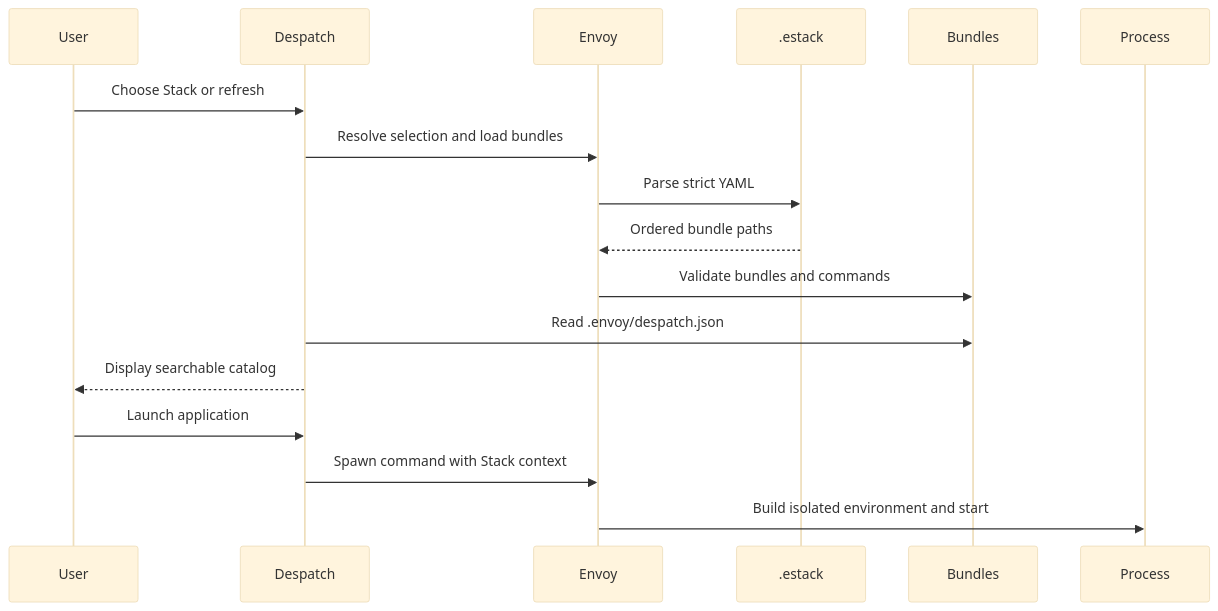
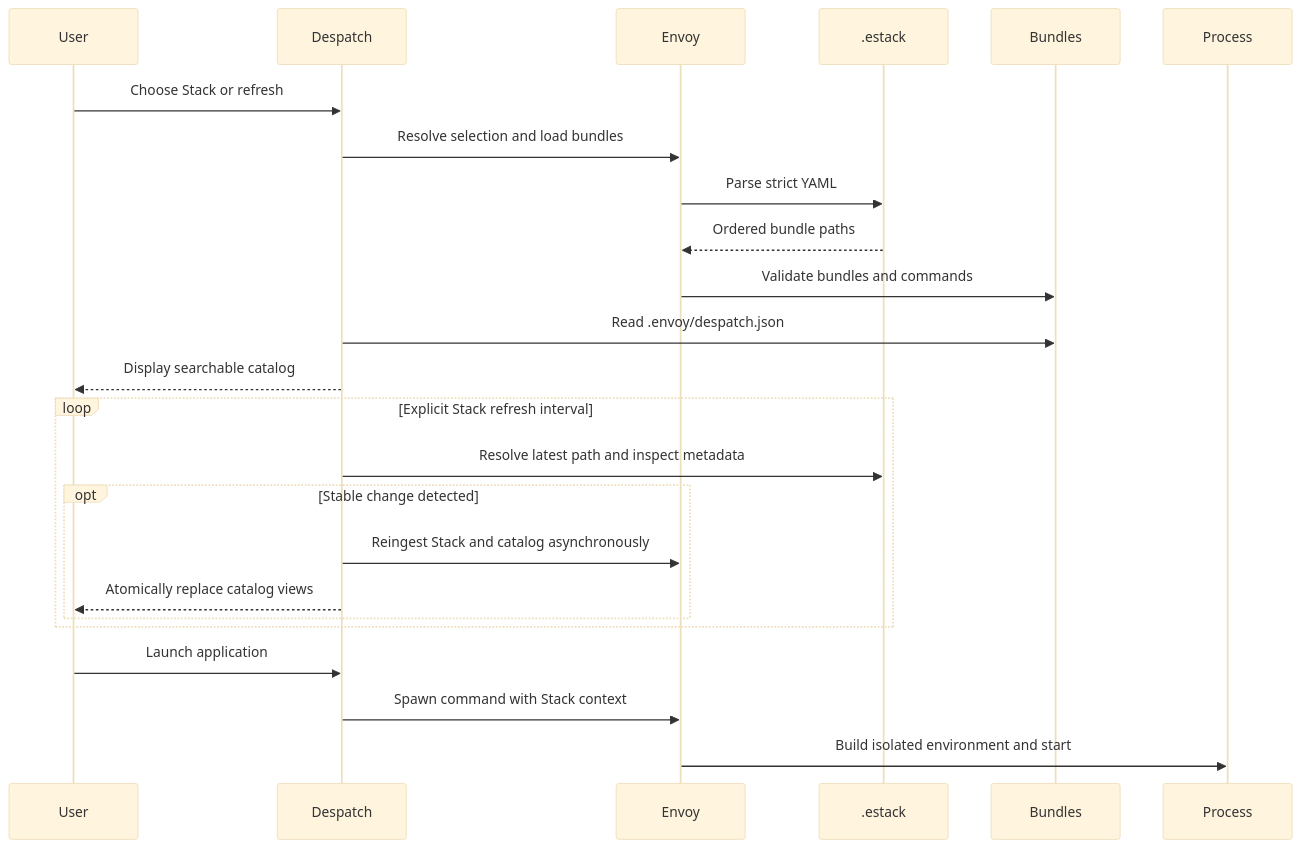
Before and after one commit to gtvfx-envoy/despatch: the diagram in docs/technical/architecture.md, drawn with Mermaid (base theme). The commit also changed other lines of this file and 21 other files, not shown here.

First line of the commit message:
• Implemented automatic Stack refresh.

````diff
--- a/docs/technical/architecture.md
+++ b/docs/technical/architecture.md
@@ -6,20 +6,27 @@
 ```mermaid
 sequenceDiagram
     participant User
     participant Despatch
     participant Envoy
     participant Stack as .estack
     participant Bundles
     participant Process
 
     User->>Despatch: Choose Stack or refresh
     Despatch->>Envoy: Resolve selection and load bundles
     Envoy->>Stack: Parse strict YAML
     Stack-->>Envoy: Ordered bundle paths
     Envoy->>Bundles: Validate bundles and commands
     Despatch->>Bundles: Read .envoy/despatch.json
     Despatch-->>User: Display searchable catalog
+    loop Explicit Stack refresh interval
+        Despatch->>Stack: Resolve latest path and inspect metadata
+        opt Stable change detected
+            Despatch->>Envoy: Reingest Stack and catalog asynchronously
+            Despatch-->>User: Atomically replace catalog views
+        end
+    end
     User->>Despatch: Launch application
     Despatch->>Envoy: Spawn command with Stack context
     Envoy->>Process: Build isolated environment and start
 ```
````
